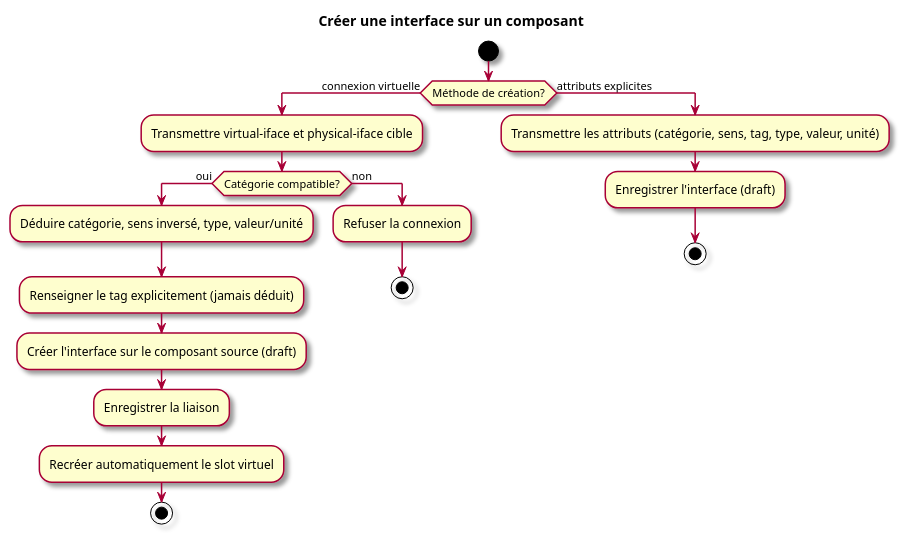
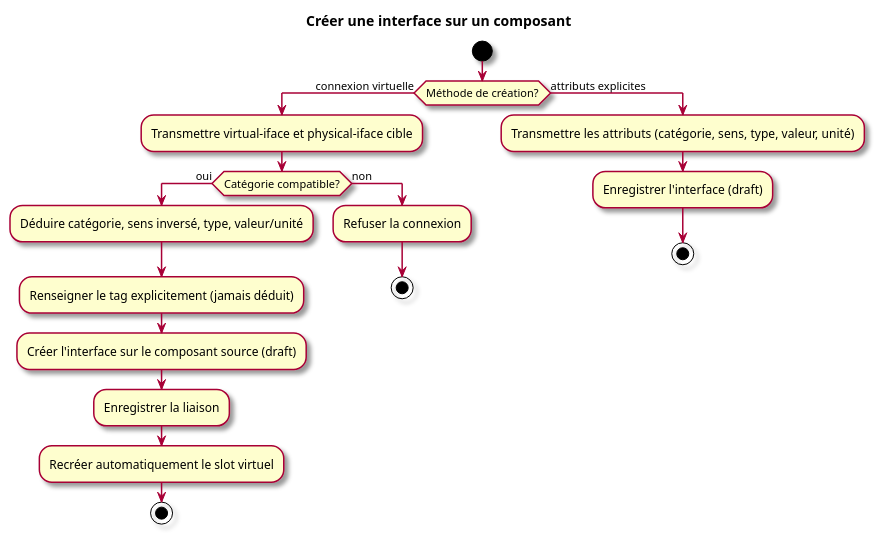
One commit to myr-forge/myr-core changed the second of 2 diagrams in specs/1-Expression/UCAM-Assemblage_Module/UCAM03.md. Above: the diagram before and after it, drawn with PlantUML. The commit also changed other lines of this file and 23 other files, not shown here.

````diff
--- a/specs/1-Expression/UCAM-Assemblage_Module/UCAM03.md
+++ b/specs/1-Expression/UCAM-Assemblage_Module/UCAM03.md
@@ -101,25 +101,25 @@
 ```plantuml
 @startuml
 skin rose
 title Créer une interface sur un composant
 start
 if (Méthode de création?) then (connexion virtuelle)
   :Transmettre virtual-iface et physical-iface cible;
   if (Catégorie compatible?) then (oui)
     :Déduire catégorie, sens inversé, type, valeur/unité;
     :Renseigner le tag explicitement (jamais déduit);
     :Créer l'interface sur le composant source (draft);
     :Enregistrer la liaison;
     :Recréer automatiquement le slot virtuel;
     stop
   else (non)
     :Refuser la connexion;
     stop
   endif
 else (attributs explicites)
-  :Transmettre les attributs (catégorie, sens, tag, type, valeur, unité);
+  :Transmettre les attributs (catégorie, sens, type, valeur, unité);
   :Enregistrer l'interface (draft);
   stop
 endif
 @enduml
 ```
````
